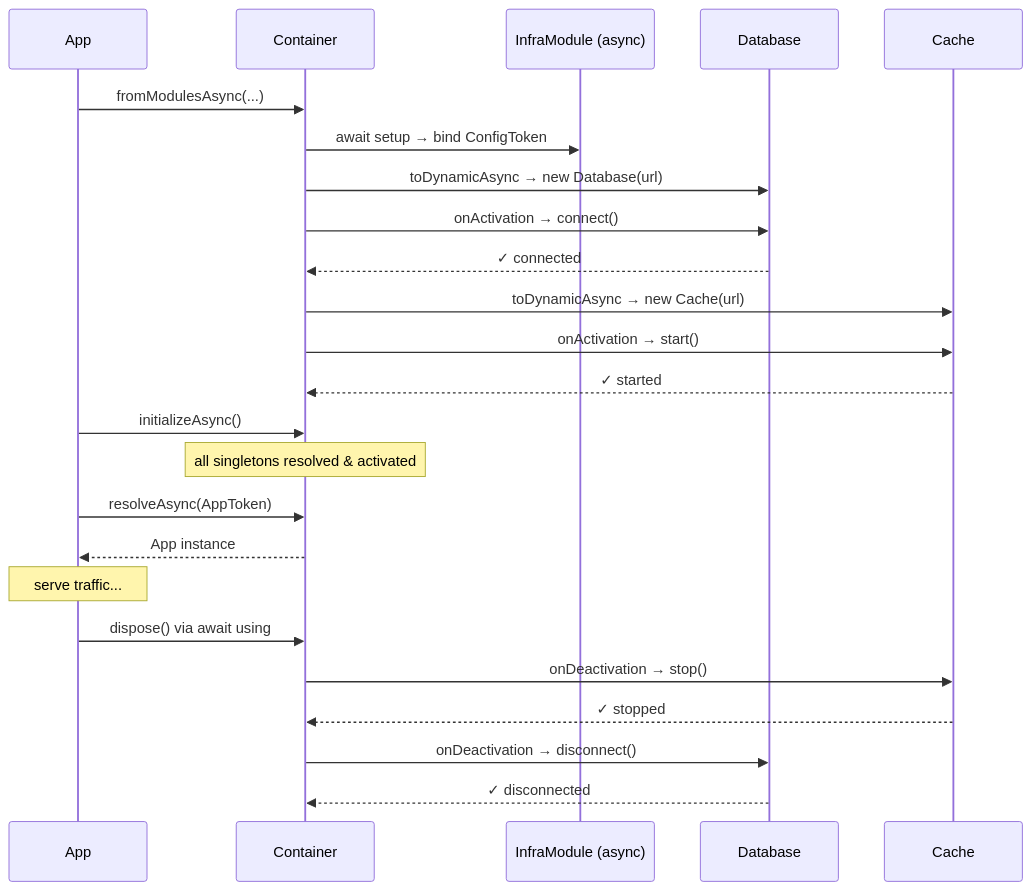
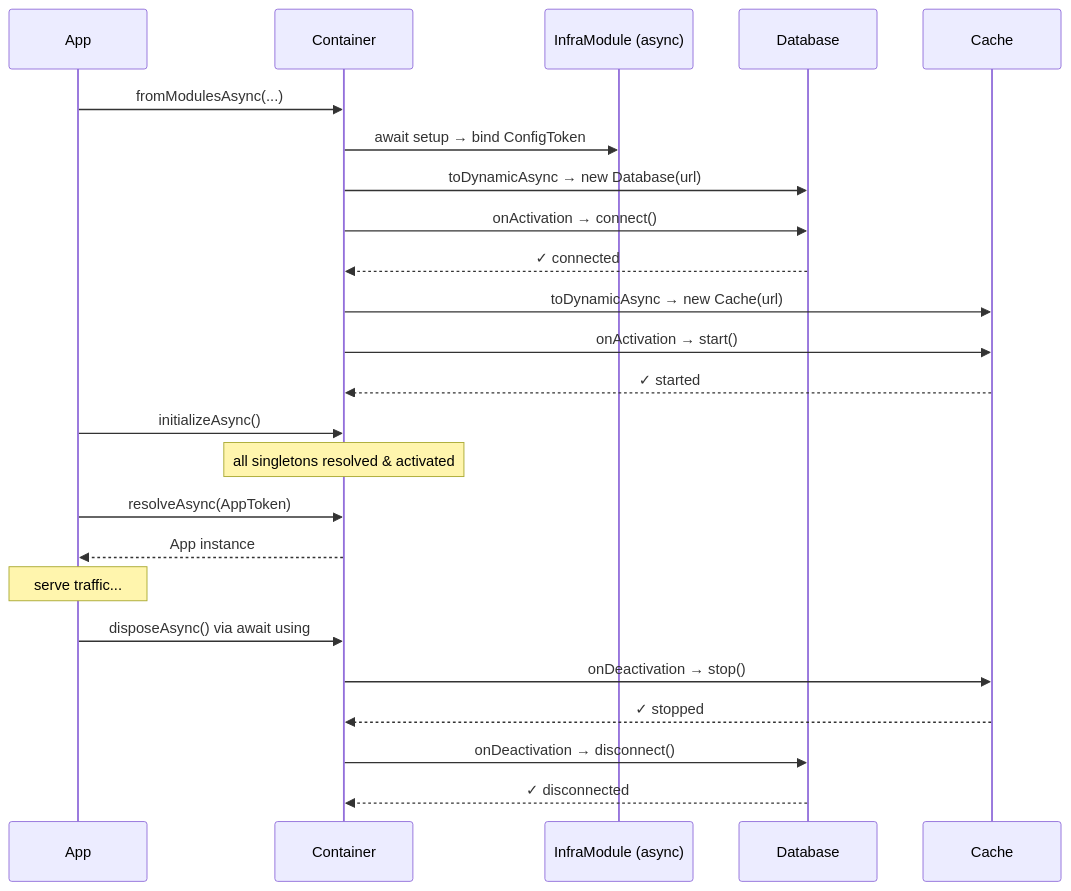
Before and after one commit to codefastlabs/codefast: the diagram in packages/di/examples/05-async-lifecycle/README.md, drawn with Mermaid. The commit also changed other lines of this file and 47 other files, not shown here.

Commit message:
feat(di)!: rename Container#dispose to disposeAsync

````diff
--- a/packages/di/examples/05-async-lifecycle/README.md
+++ b/packages/di/examples/05-async-lifecycle/README.md
@@ -19,31 +19,31 @@
 ```mermaid
 sequenceDiagram
     participant App
     participant Container
     participant InfraModule as InfraModule (async)
     participant Database
     participant Cache
 
     App->>Container: fromModulesAsync(...)
     Container->>InfraModule: await setup → bind ConfigToken
     Container->>Database: toDynamicAsync → new Database(url)
     Container->>Database: onActivation → connect()
     Database-->>Container: ✓ connected
     Container->>Cache: toDynamicAsync → new Cache(url)
     Container->>Cache: onActivation → start()
     Cache-->>Container: ✓ started
 
     App->>Container: initializeAsync()
     Note over Container: all singletons resolved & activated
 
     App->>Container: resolveAsync(AppToken)
     Container-->>App: App instance
 
     Note over App: serve traffic...
 
-    App->>Container: dispose() via await using
+    App->>Container: disposeAsync() via await using
     Container->>Cache: onDeactivation → stop()
     Cache-->>Container: ✓ stopped
     Container->>Database: onDeactivation → disconnect()
     Database-->>Container: ✓ disconnected
 ```
````
